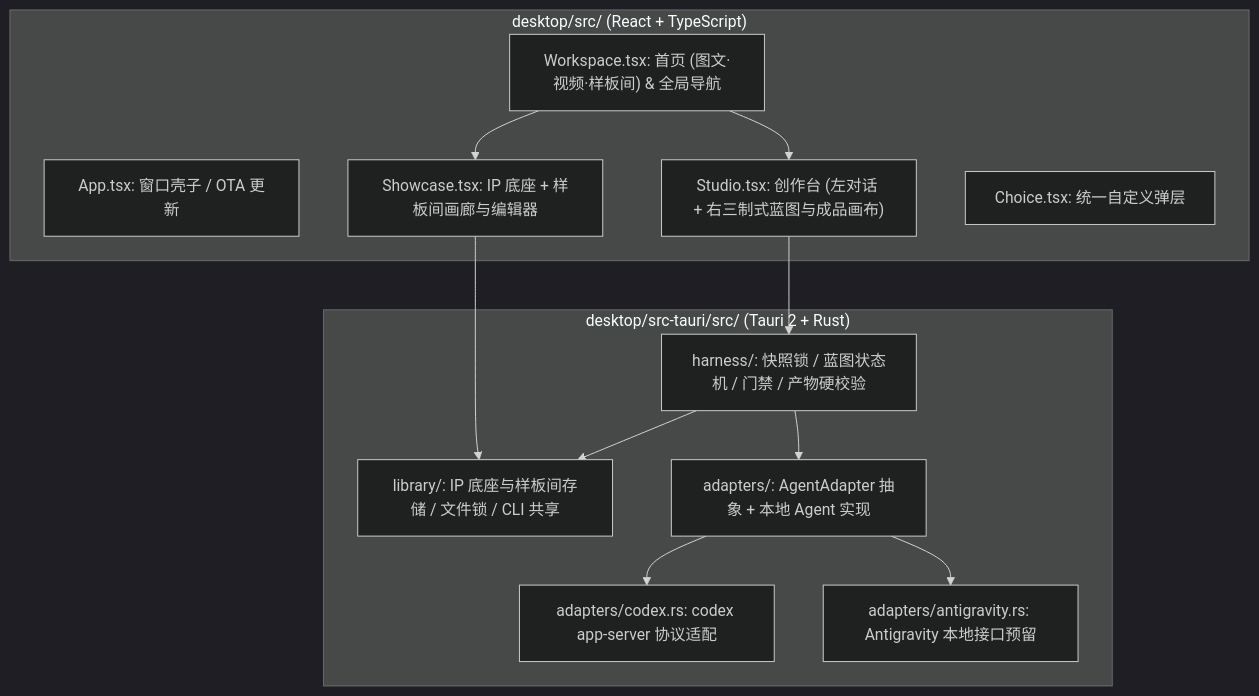
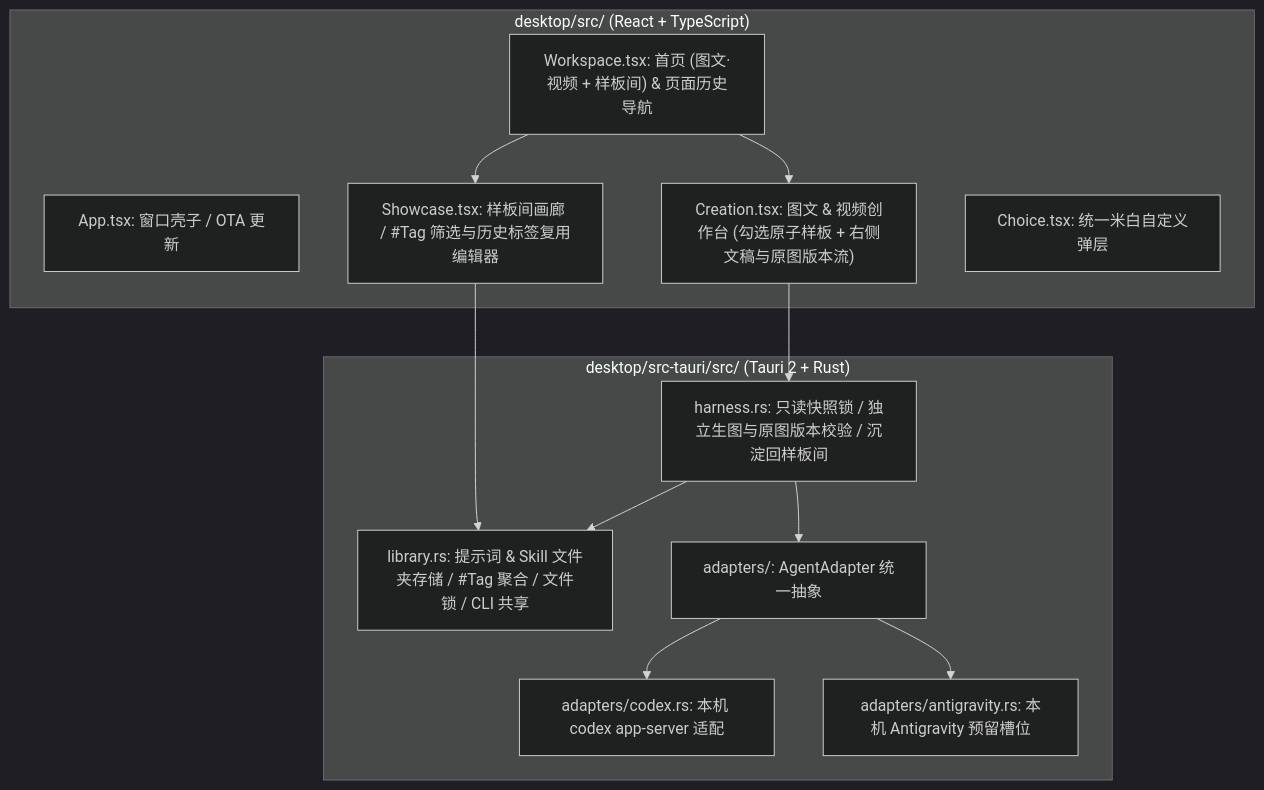
One commit to anjing-le/happy-creator-journey changed the diagram in desktop/ARCHITECTURE.md. Above: the diagram before and after it, drawn with Mermaid (dark theme). The commit also changed other lines of this file and 27 other files, not shown here.

Commit message:
Simplify CreatorX 0.1.1 to atomic modality + tag showcase and lightweight harness

````diff
--- a/desktop/ARCHITECTURE.md
+++ b/desktop/ARCHITECTURE.md
@@ -13,27 +9,27 @@
 ```mermaid
 flowchart TB
     subgraph Frontend["desktop/src/ (React + TypeScript)"]
         App["App.tsx: 窗口壳子 / OTA 更新"]
-        WS["Workspace.tsx: 首页 (图文·视频·样板间) & 全局导航"]
-        ShowUI["Showcase.tsx: IP 底座 + 样板间画廊与编辑器"]
-        StudioUI["Studio.tsx: 创作台 (左对话 + 右三制式蓝图与成品画布)"]
-        Choice["Choice.tsx: 统一自定义弹层"]
+        WS["Workspace.tsx: 首页 (图文·视频 + 样板间) & 页面历史导航"]
+        ShowUI["Showcase.tsx: 样板间画廊 / #Tag 筛选与历史标签复用编辑器"]
+        StudioUI["Creation.tsx: 图文 & 视频创作台 (勾选原子样板 + 右侧文稿与原图版本流)"]
+        Choice["Choice.tsx: 统一米白自定义弹层"]
     end
 
     subgraph Backend["desktop/src-tauri/src/ (Tauri 2 + Rust)"]
-        Lib["library/: IP 底座与样板间存储 / 文件锁 / CLI 共享"]
-        Har["harness/: 快照锁 / 蓝图状态机 / 门禁 / 产物硬校验"]
-        Adp["adapters/: AgentAdapter 抽象 + 本地 Agent 实现"]
-        CodexAdp["adapters/codex.rs: codex app-server 协议适配"]
-        AgyAdp["adapters/antigravity.rs: Antigravity 本地接口预留"]
+        Lib["library.rs: 提示词 & Skill 文件夹存储 / #Tag 聚合 / 文件锁 / CLI 共享"]
+        Har["harness.rs: 只读快照锁 / 独立生图与原图版本校验 / 沉淀回样板间"]
+        Adp["adapters/: AgentAdapter 统一抽象"]
+        CodexAdp["adapters/codex.rs: 本机 codex app-server 适配"]
+        AgyAdp["adapters/antigravity.rs: 本机 Antigravity 预留槽位"]
     end
 
     WS --> ShowUI
     WS --> StudioUI
     ShowUI --> Lib
     StudioUI --> Har
     Har --> Lib
     Har --> Adp
     Adp --> CodexAdp
     Adp --> AgyAdp
 ```
````
